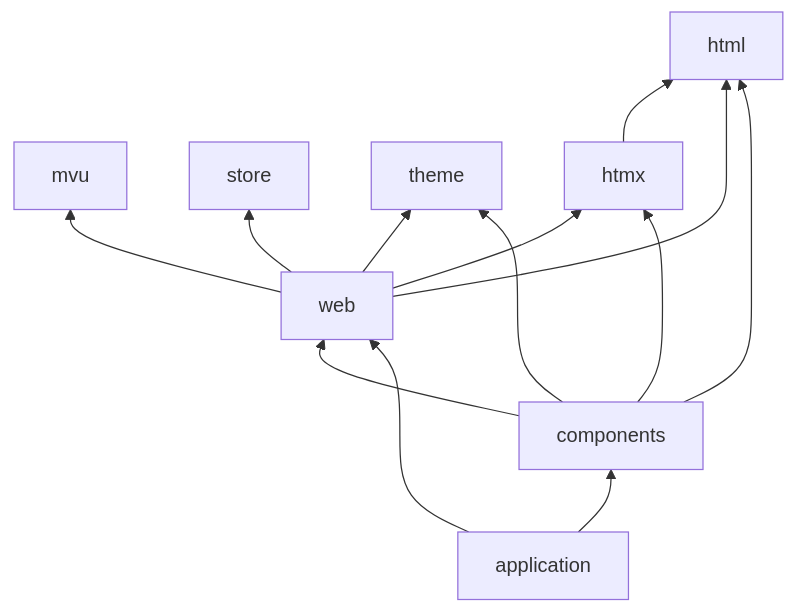
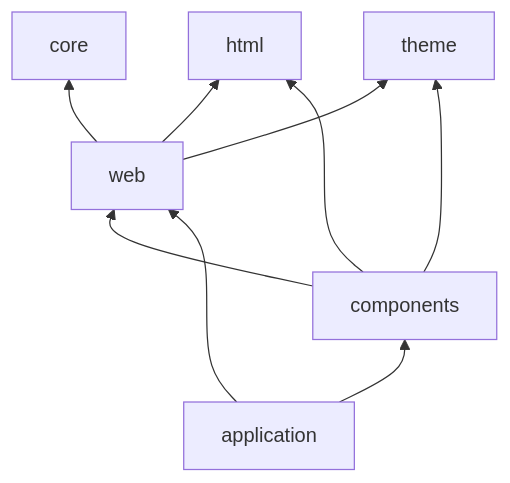
The first of 2 diagrams in docs/architecture.md (dmundt/go-mvu), drawn with Mermaid before and after one commit. The commit also changed other lines of this file and 75 other files, not shown here.

````diff
--- a/docs/architecture.md
+++ b/docs/architecture.md
@@ -66,8 +63,7 @@
 ```mermaid
 flowchart BT
-  html; mvu; store; theme
-  htmx --> html
-  web --> mvu & html & htmx & store & theme
-  components --> html & htmx & theme & web
+  core; html; theme
+  web --> core & html & theme
+  components --> html & theme & web
   app[application] --> web & components
 ```
````
